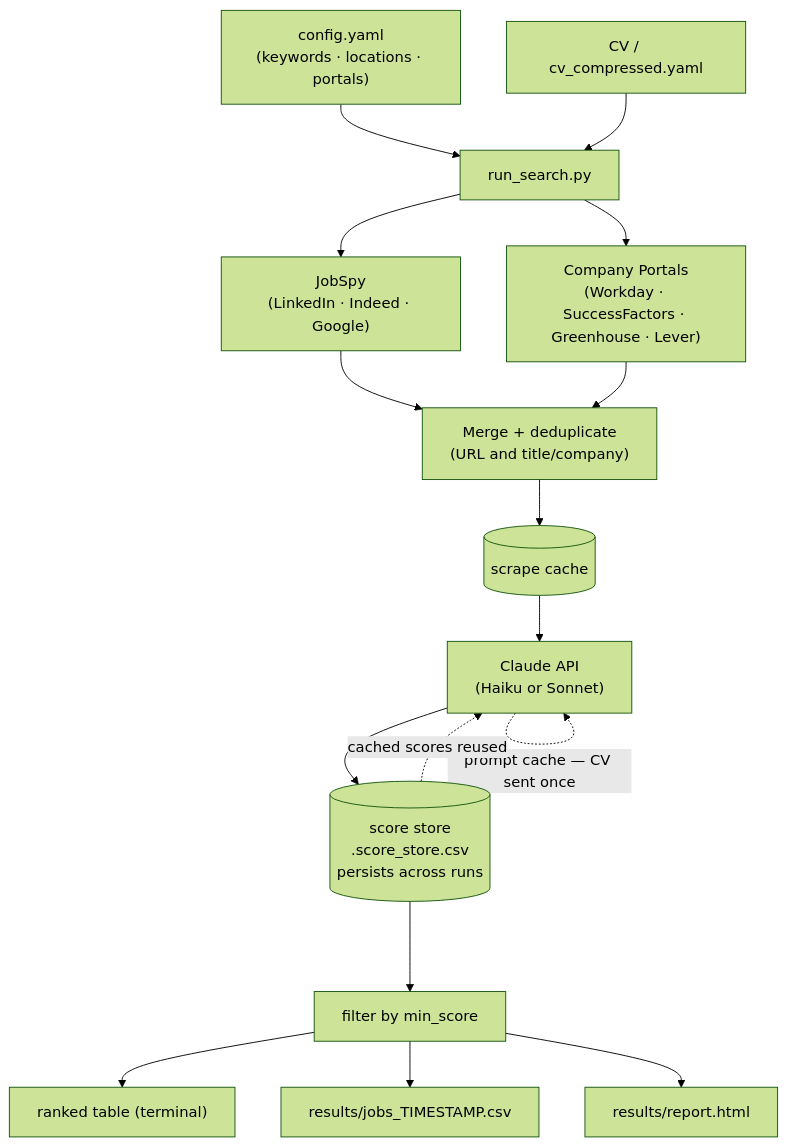
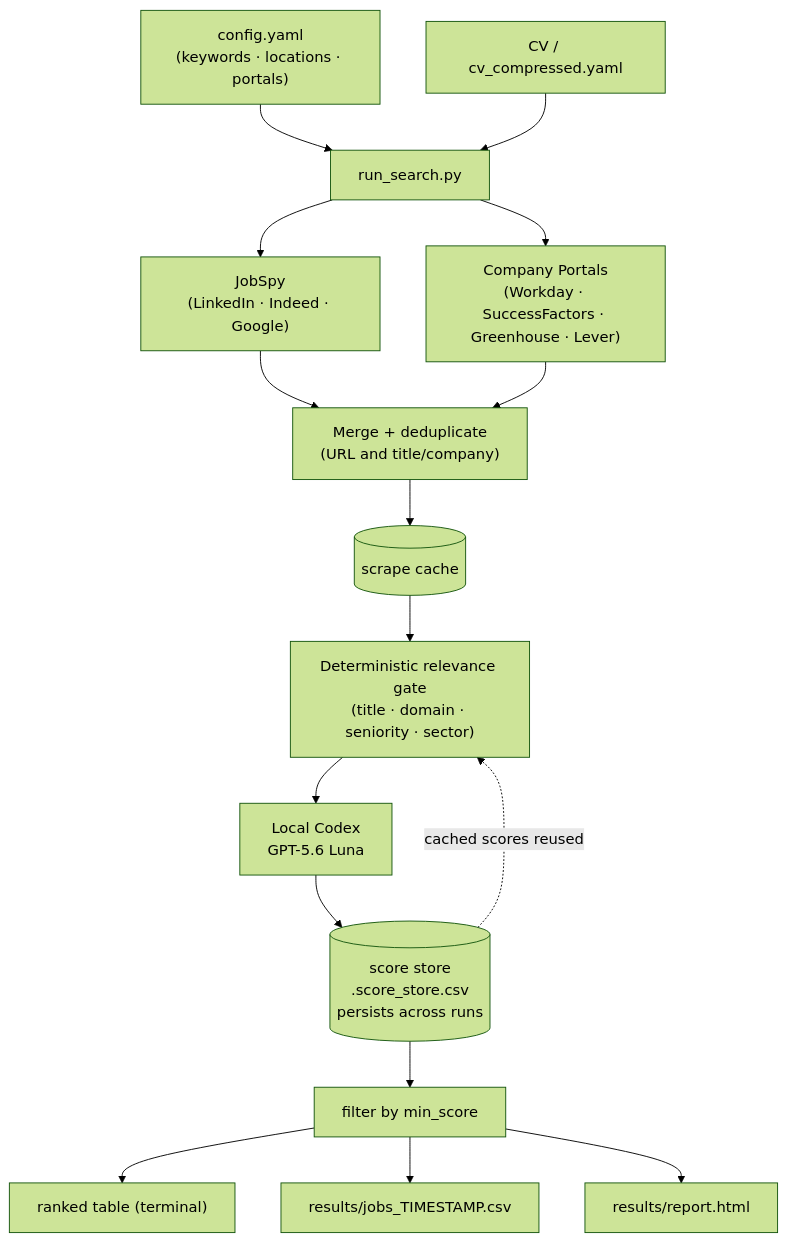
The diagram in README.md (s-weissbach/job_search_automation), drawn with Mermaid (forest theme) before and after one commit. The commit also changed other lines of this file and 11 other files, not shown here.

````diff
--- a/README.md
+++ b/README.md
@@ -7,26 +7,26 @@
 ```mermaid
 flowchart TD
     CFG["config.yaml\n(keywords · locations · portals)"]
     CV["CV / cv_compressed.yaml"]
 
     CFG --> RUN["run_search.py"]
     CV  --> RUN
 
     RUN --> JS["JobSpy\n(LinkedIn · Indeed · Google)"]
     RUN --> CP["Company Portals\n(Workday · SuccessFactors · Greenhouse · Lever)"]
 
     JS  --> DEDUP["Merge + deduplicate\n(URL and title/company)"]
     CP  --> DEDUP
 
     DEDUP --> SC[("scrape cache")]
 
-    SC --> CL["Claude API\n(Haiku or Sonnet)"]
-    CL -. "prompt cache — CV sent once" .-> CL
-    CL --> SS[("score store\n.score_store.csv\npersists across runs")]
-    SS -. "cached scores reused" .-> CL
+    SC --> PF["Deterministic relevance gate\n(title · domain · seniority · sector)"]
+    PF --> CX["Local Codex\nGPT-5.6 Luna"]
+    CX --> SS[("score store\n.score_store.csv\npersists across runs")]
+    SS -. "cached scores reused" .-> PF
 
     SS --> F["filter by min_score"]
     F  --> T["ranked table (terminal)"]
     F  --> CSV["results/jobs_TIMESTAMP.csv"]
     F  --> HTML["results/report.html"]
 ```
````
